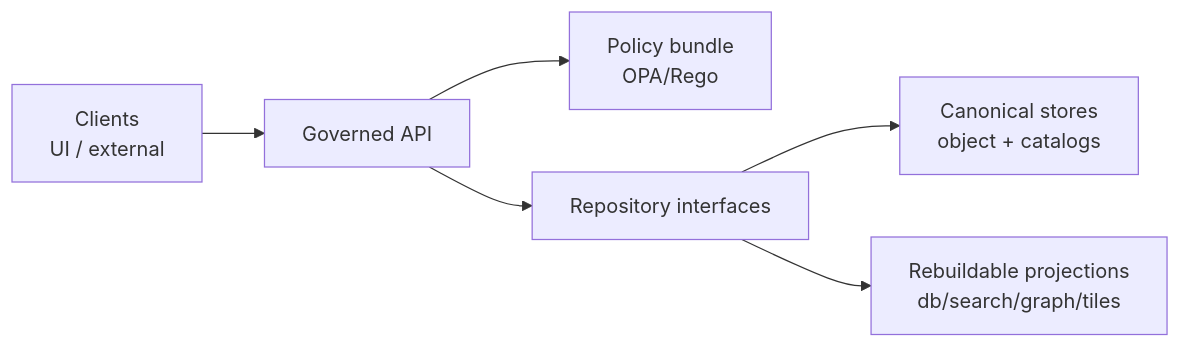
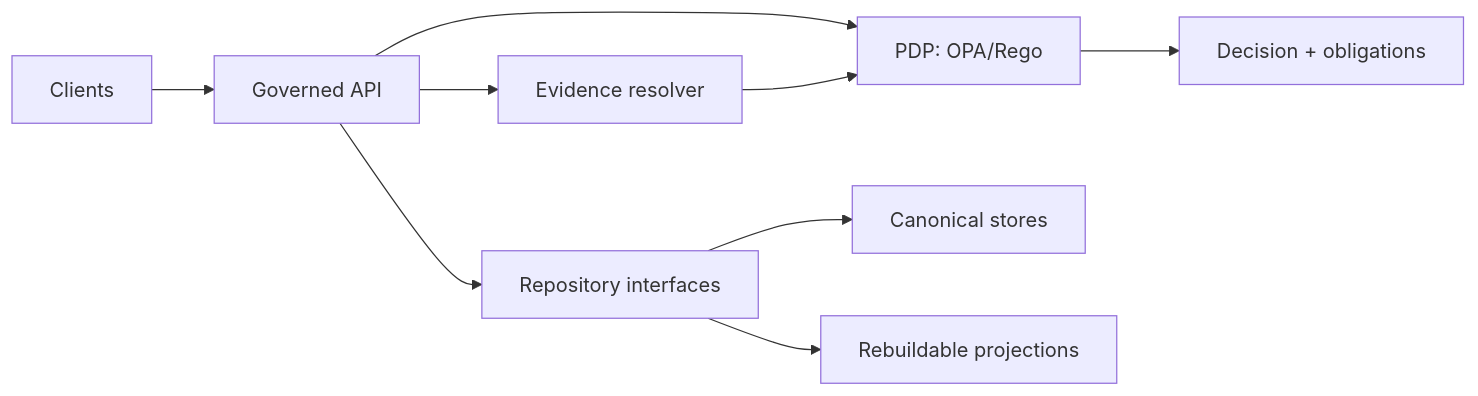
The diagram in packages/policy/README.md (bartytime4life/Kansas-Frontier-Matrix), drawn with Mermaid before and after one commit. The commit also changed other lines of this file, not shown here.

````diff
--- a/packages/policy/README.md
+++ b/packages/policy/README.md
@@ -69,8 +79,11 @@
 ```mermaid
 flowchart LR
-  Client[Clients<br/>UI / external] --> API[Governed API]
-  API --> Policy[Policy bundle<br/>OPA/Rego]
+  Client[Clients] --> API[Governed API]
+  API --> PDP[PDP: OPA/Rego]
   API --> Repo[Repository interfaces]
-  Repo --> Storage[Canonical stores<br/>object + catalogs]
-  Repo --> Proj[Rebuildable projections<br/>db/search/graph/tiles]
+  Repo --> Stores[Canonical stores]
+  Repo --> Proj[Rebuildable projections]
+  API --> EV[Evidence resolver]
+  EV --> PDP
+  PDP --> Out[Decision + obligations]
 ```
````
